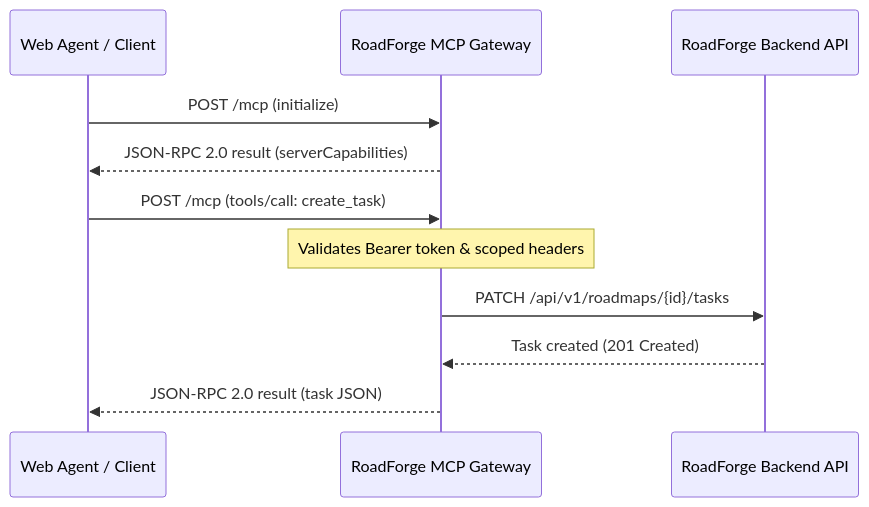
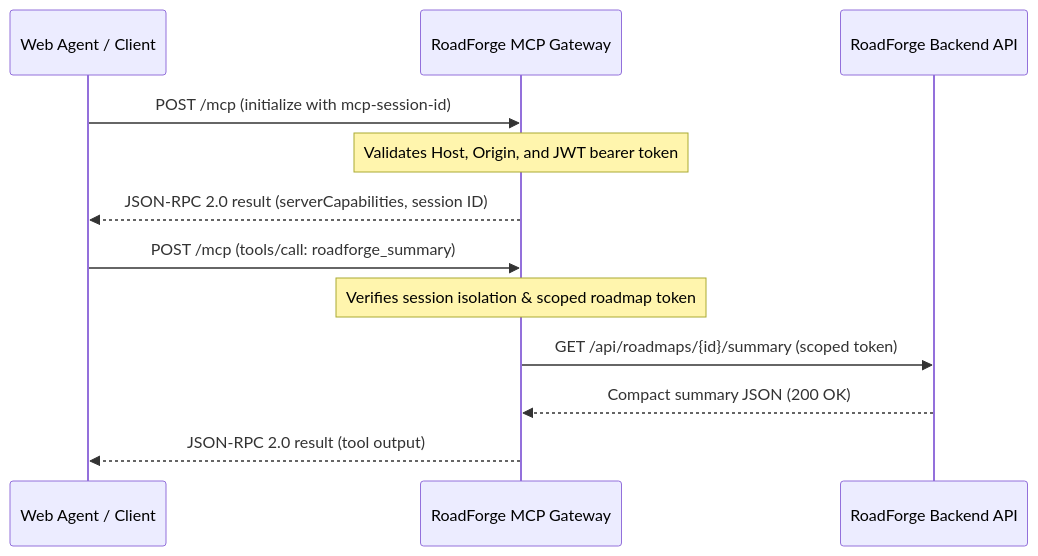
The diagram in docs/architecture/roadforge-remote-mcp-deployment.md (alteixeira20/RoadForge), drawn with Mermaid before and after one commit. The commit also changed other lines of this file and 1 other file, not shown here.

Commit message:
docs(mcp): update deployment architecture and performance audit

````diff
--- a/docs/architecture/roadforge-remote-mcp-deployment.md
+++ b/docs/architecture/roadforge-remote-mcp-deployment.md
@@ -25,14 +25,15 @@
 ```mermaid
 sequenceDiagram
     participant Agent as Web Agent / Client
     participant Gateway as RoadForge MCP Gateway
     participant API as RoadForge Backend API
 
-    Agent->>Gateway: POST /mcp (initialize)
-    Gateway-->>Agent: JSON-RPC 2.0 result (serverCapabilities)
-    Agent->>Gateway: POST /mcp (tools/call: create_task)
-    Note over Gateway: Validates Bearer token & scoped headers
-    Gateway->>API: PATCH /api/v1/roadmaps/{id}/tasks
-    API-->>Gateway: Task created (201 Created)
-    Gateway-->>Agent: JSON-RPC 2.0 result (task JSON)
+    Agent->>Gateway: POST /mcp (initialize with mcp-session-id)
+    Note over Gateway: Validates Host, Origin, and JWT bearer token
+    Gateway-->>Agent: JSON-RPC 2.0 result (serverCapabilities, session ID)
+    Agent->>Gateway: POST /mcp (tools/call: roadforge_summary)
+    Note over Gateway: Verifies session isolation & scoped roadmap token
+    Gateway->>API: GET /api/roadmaps/{id}/summary (scoped token)
+    API-->>Gateway: Compact summary JSON (200 OK)
+    Gateway-->>Agent: JSON-RPC 2.0 result (tool output)
 ```
````
